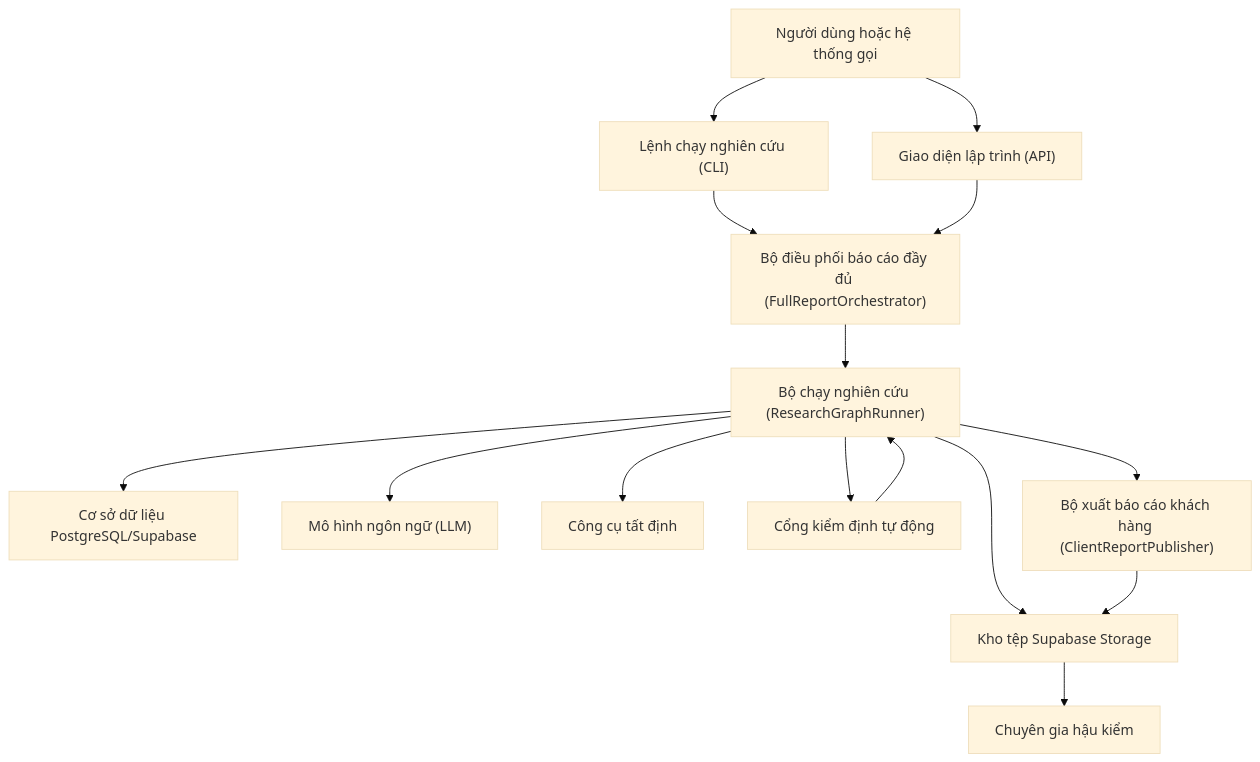
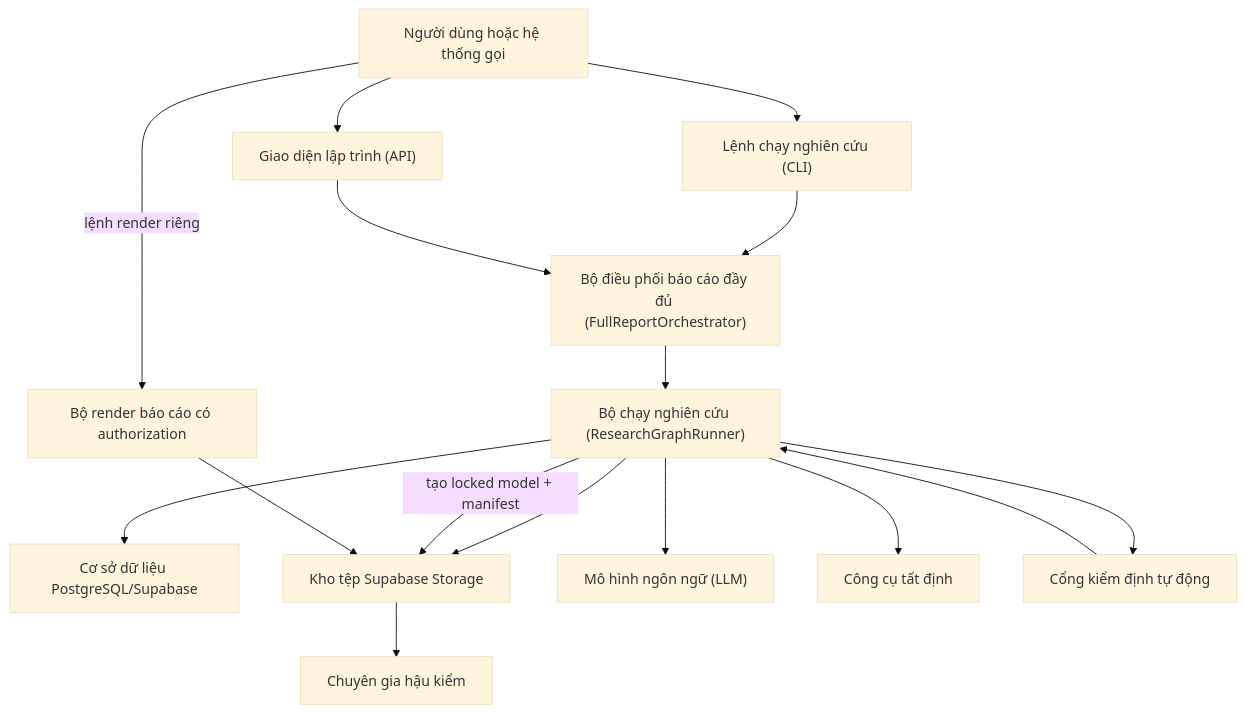
Before and after one commit to haubelerche/equity-research-system: the first of 24 diagrams in docs/SEQUENCE.md, drawn with Mermaid (base theme). The commit also changed other lines of this file and 178 other files, not shown here.

````diff
--- a/docs/SEQUENCE.md
+++ b/docs/SEQUENCE.md
@@ -39,30 +39,31 @@
 ```mermaid
 flowchart TD
     U["Người dùng hoặc hệ thống gọi"]
     CLI["Lệnh chạy nghiên cứu (CLI)"]
     API["Giao diện lập trình (API)"]
     O["Bộ điều phối báo cáo đầy đủ (FullReportOrchestrator)"]
     R["Bộ chạy nghiên cứu (ResearchGraphRunner)"]
     DB["Cơ sở dữ liệu PostgreSQL/Supabase"]
     ST["Kho tệp Supabase Storage"]
     LLM["Mô hình ngôn ngữ (LLM)"]
     T["Công cụ tất định"]
     G["Cổng kiểm định tự động"]
-    P["Bộ xuất báo cáo khách hàng (ClientReportPublisher)"]
+    P["Bộ render báo cáo có authorization"]
     E["Chuyên gia hậu kiểm"]
 
     U --> CLI
     U --> API
     CLI --> O
     API --> O
     O --> R
     R --> DB
     R --> ST
     R --> LLM
     R --> T
     R --> G
     G --> R
-    R --> P
+    R -->|"tạo locked model + manifest"| ST
+    U -->|"lệnh render riêng"| P
     P --> ST
     ST --> E
 ```
````
